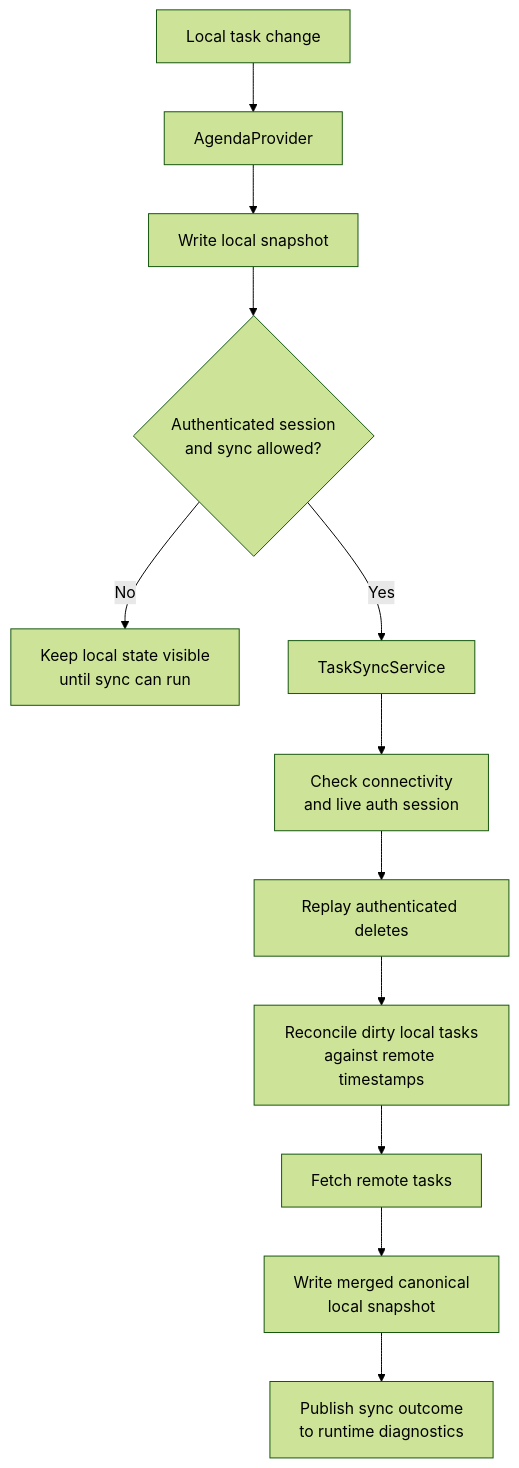
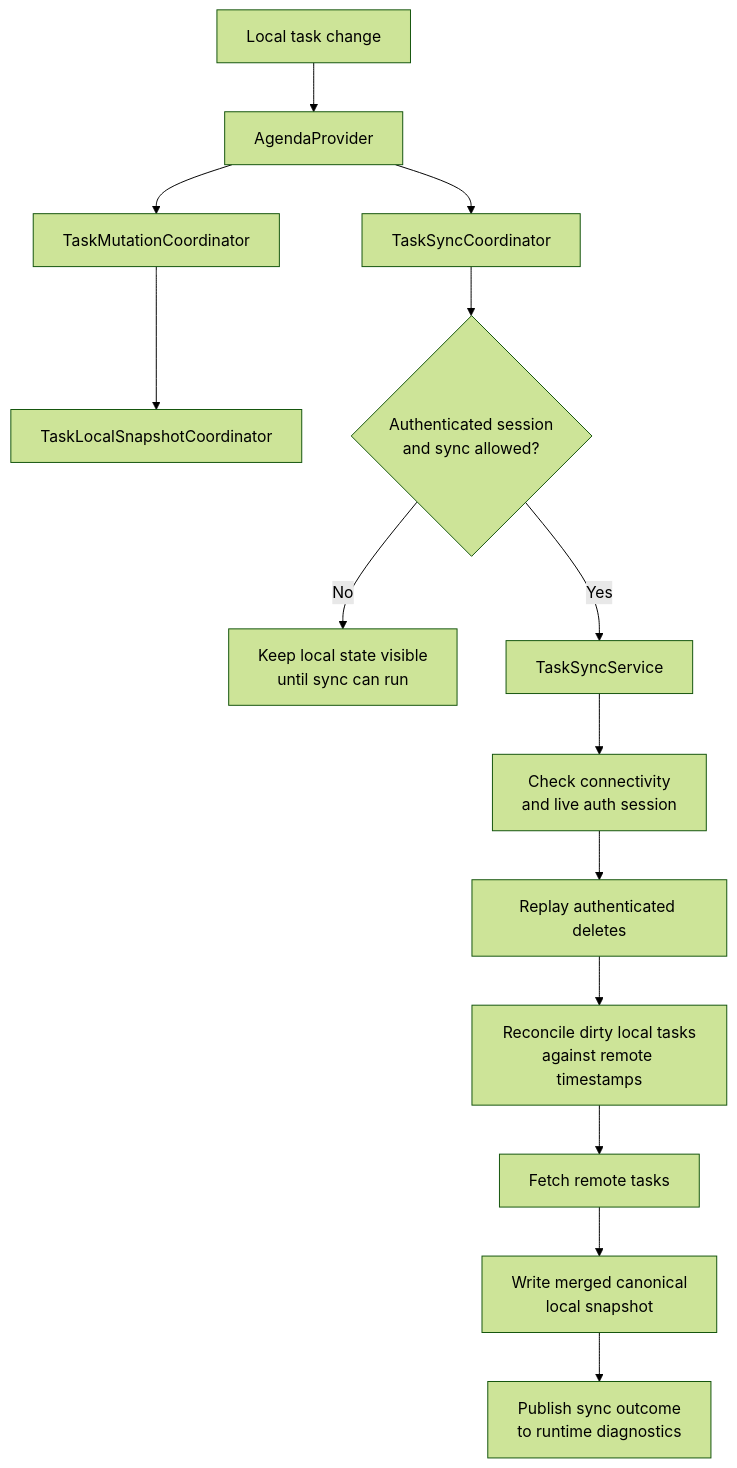
The third of 4 diagrams in docs/ARCHITECTURE.md (eliasfeijo/saas-reliability-lab), drawn with Mermaid (forest theme) before and after one commit. The commit also changed other lines of this file and 23 other files, not shown here.

````diff
--- a/docs/ARCHITECTURE.md
+++ b/docs/ARCHITECTURE.md
@@ -303,27 +348,31 @@
 ```mermaid
 flowchart TD
     LocalChange["Local task change"]
     Agenda["AgendaProvider"]
-    Persist["Write local snapshot"]
+    Mutation["TaskMutationCoordinator"]
+    Persist["TaskLocalSnapshotCoordinator"]
+    SyncCoord["TaskSyncCoordinator"]
     SyncGate{"Authenticated session<br/>and sync allowed?"}
     Wait["Keep local state visible<br/>until sync can run"]
     Sync["TaskSyncService"]
     Checks["Check connectivity<br/>and live auth session"]
     DeleteReplay["Replay authenticated deletes"]
     Reconcile["Reconcile dirty local tasks<br/>against remote timestamps"]
     Fetch["Fetch remote tasks"]
     Merge["Write merged canonical<br/>local snapshot"]
     Outcome["Publish sync outcome<br/>to runtime diagnostics"]
 
     LocalChange --> Agenda
-    Agenda --> Persist
-    Persist --> SyncGate
+    Agenda --> Mutation
+    Mutation --> Persist
+    Agenda --> SyncCoord
+    SyncCoord --> SyncGate
     SyncGate -->|No| Wait
     SyncGate -->|Yes| Sync
     Sync --> Checks
     Checks --> DeleteReplay
     DeleteReplay --> Reconcile
     Reconcile --> Fetch
     Fetch --> Merge
     Merge --> Outcome
 ```
````
